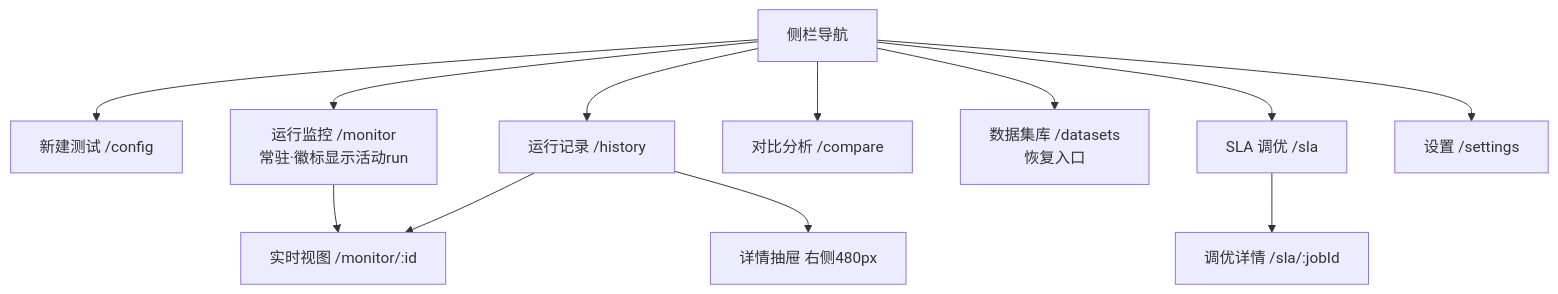
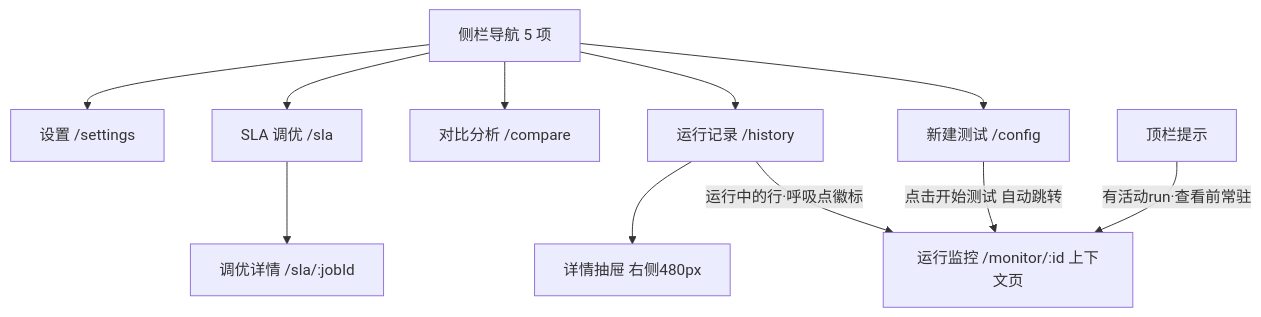
Before and after one commit to ucm-system/aisbench-prefix-tester: the first of 3 diagrams in docs/UX-REDESIGN.md, drawn with Mermaid. The commit also changed other lines of this file and 1 other file, not shown here.

Commit message:
Record product decisions (no monitor nav tab, no dataset page); add detailed U1-U8 user-feedback issue section with root causes and fixes; sync redesign IA

````diff
--- a/docs/UX-REDESIGN.md
+++ b/docs/UX-REDESIGN.md
@@ -27,14 +29,13 @@
 ```mermaid
 graph TD
-  A[侧栏导航] --> A1[新建测试 /config]
-  A --> A2[运行监控 /monitor<br/>常驻·徽标显示活动run]
+  A[侧栏导航 5 项] --> A1[新建测试 /config]
   A --> A3[运行记录 /history]
   A --> A4[对比分析 /compare]
-  A --> A5[数据集库 /datasets<br/>恢复入口]
   A --> A6[SLA 调优 /sla]
   A --> A7[设置 /settings]
-  A2 --> B1[实时视图 /monitor/:id]
-  A3 --> B1
+  A1 -->|点击开始测试 自动跳转| B1[运行监控 /monitor/:id 上下文页]
+  A3 -->|运行中的行·呼吸点徽标| B1
   A3 --> B2[详情抽屉 右侧480px]
   A6 --> B3[调优详情 /sla/:jobId]
+  T[顶栏提示] -->|有活动run·查看前常驻| B1
 ```
````
